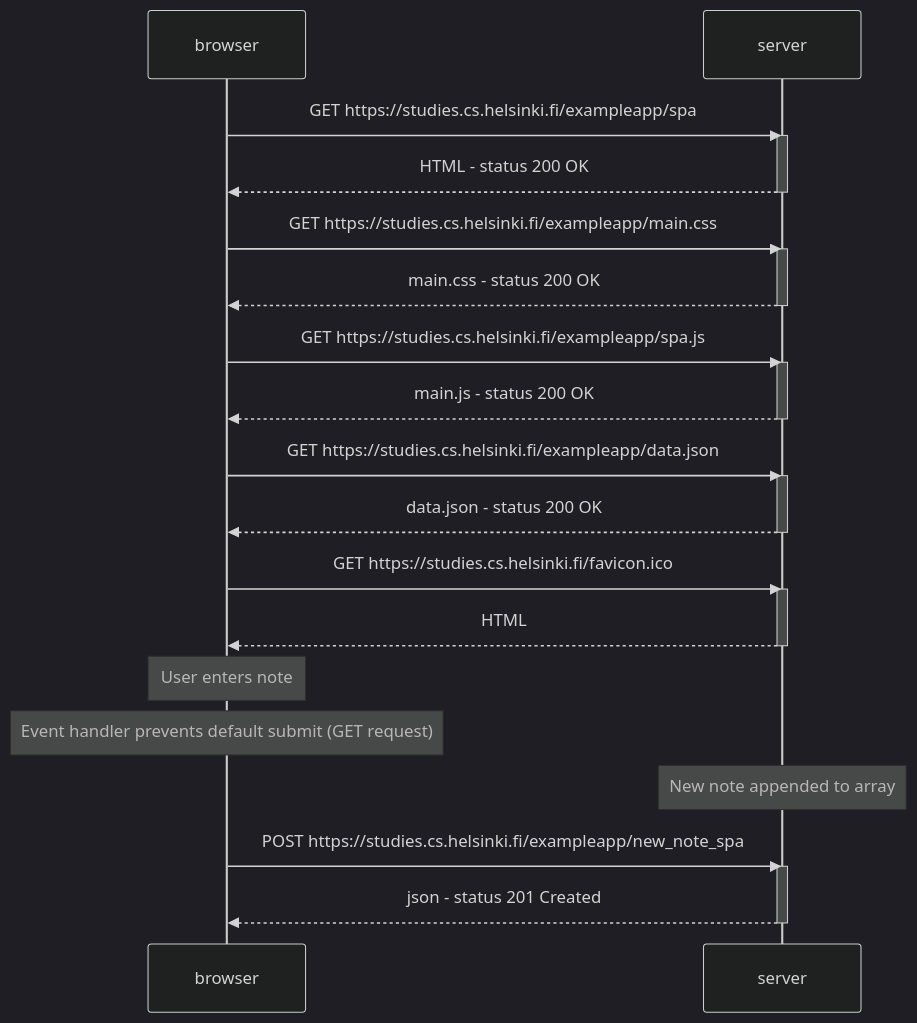
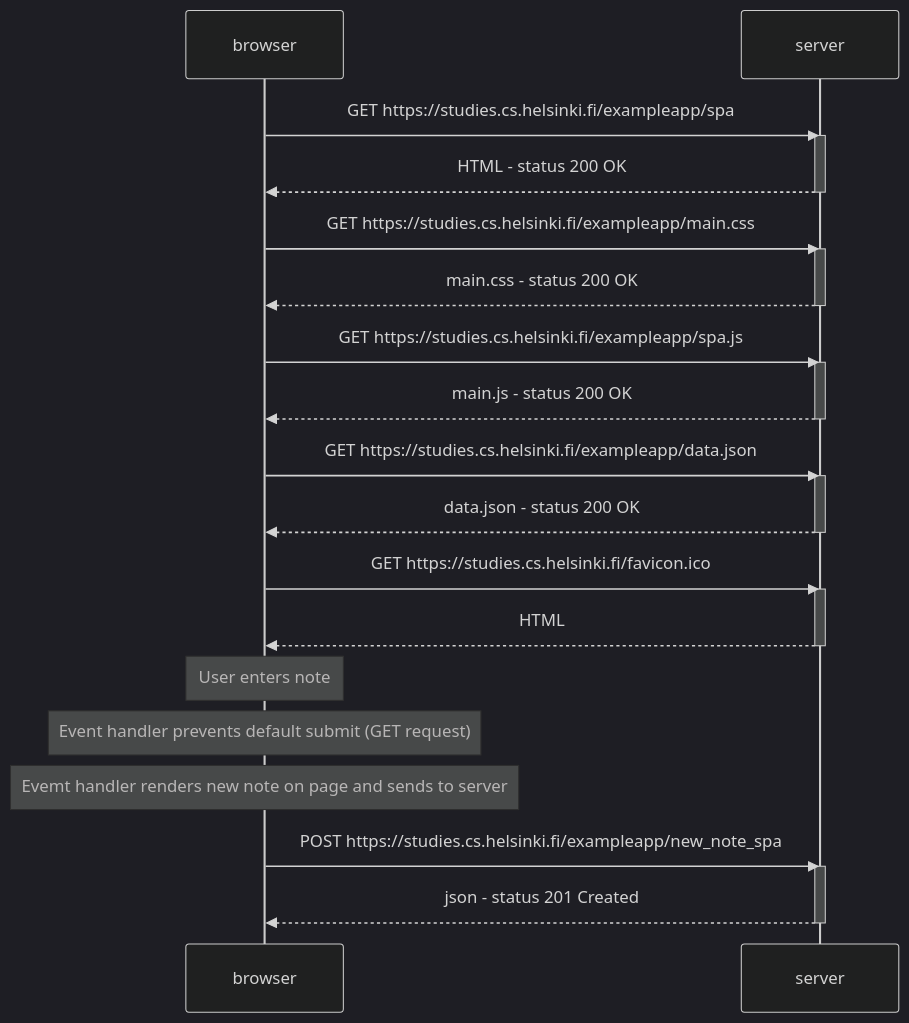
One commit to joekbullard/helsinki-mooc changed the diagram in part0/0.6.md. Above: the diagram before and after it, drawn with Mermaid (dark theme).

````diff
--- a/part0/0.6.md
+++ b/part0/0.6.md
@@ -1,42 +1,42 @@
 ```mermaid
 sequenceDiagram
     participant browser
     participant server
     
     browser->>server: GET https://studies.cs.helsinki.fi/exampleapp/spa
     activate server
     server-->>browser: HTML - status 200 OK
     deactivate server
     
     browser->>server: GET https://studies.cs.helsinki.fi/exampleapp/main.css
     activate server
     server-->>browser: main.css - status 200 OK
     deactivate server
 
     browser->>server: GET https://studies.cs.helsinki.fi/exampleapp/spa.js
     activate server
     server-->>browser: main.js - status 200 OK
     deactivate server
     
     browser->>server: GET https://studies.cs.helsinki.fi/exampleapp/data.json
     activate server
     server-->>browser: data.json - status 200 OK
     deactivate server
     
     browser->>server: GET https://studies.cs.helsinki.fi/favicon.ico
     activate server
     server-->>browser: HTML
     deactivate server
     
     Note over browser: User enters note
     
     Note over browser: Event handler prevents default submit (GET request) 
     
-    Note over server: New note appended to array
+    Note over browser: Evemt handler renders new note on page and sends to server
     
     browser->>server: POST https://studies.cs.helsinki.fi/exampleapp/new_note_spa
     activate server
     server-->>browser: json - status 201 Created
     deactivate server
 
 ```    
````
